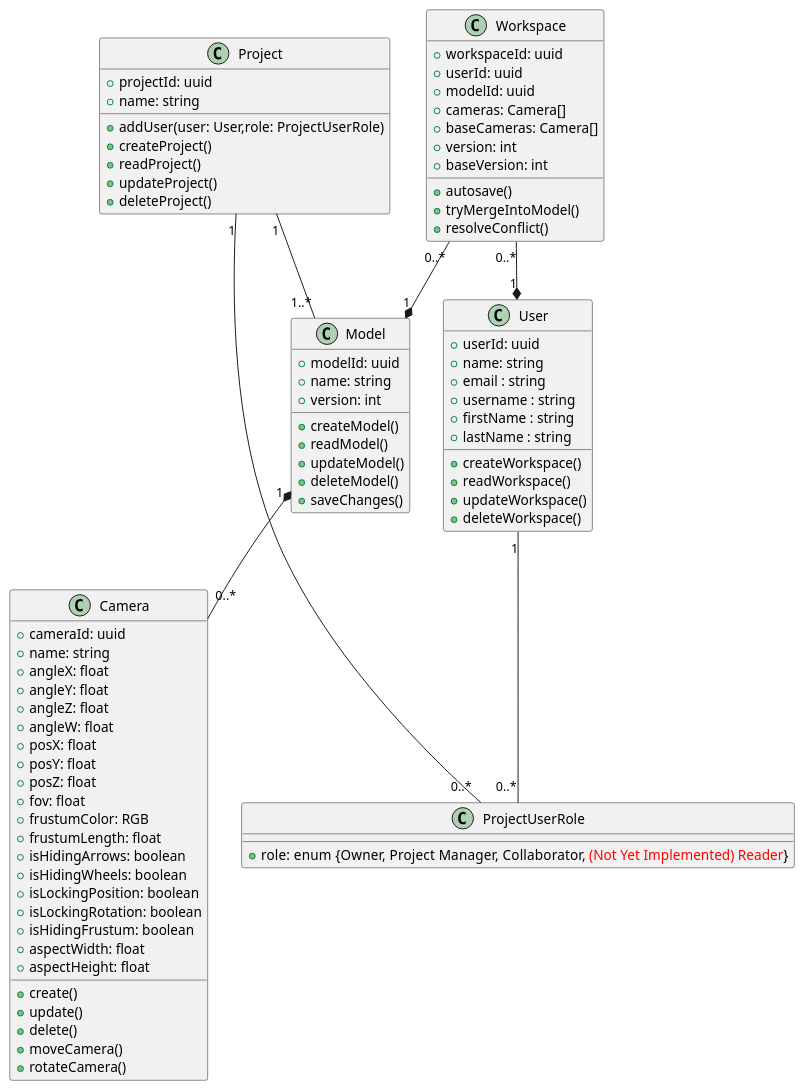
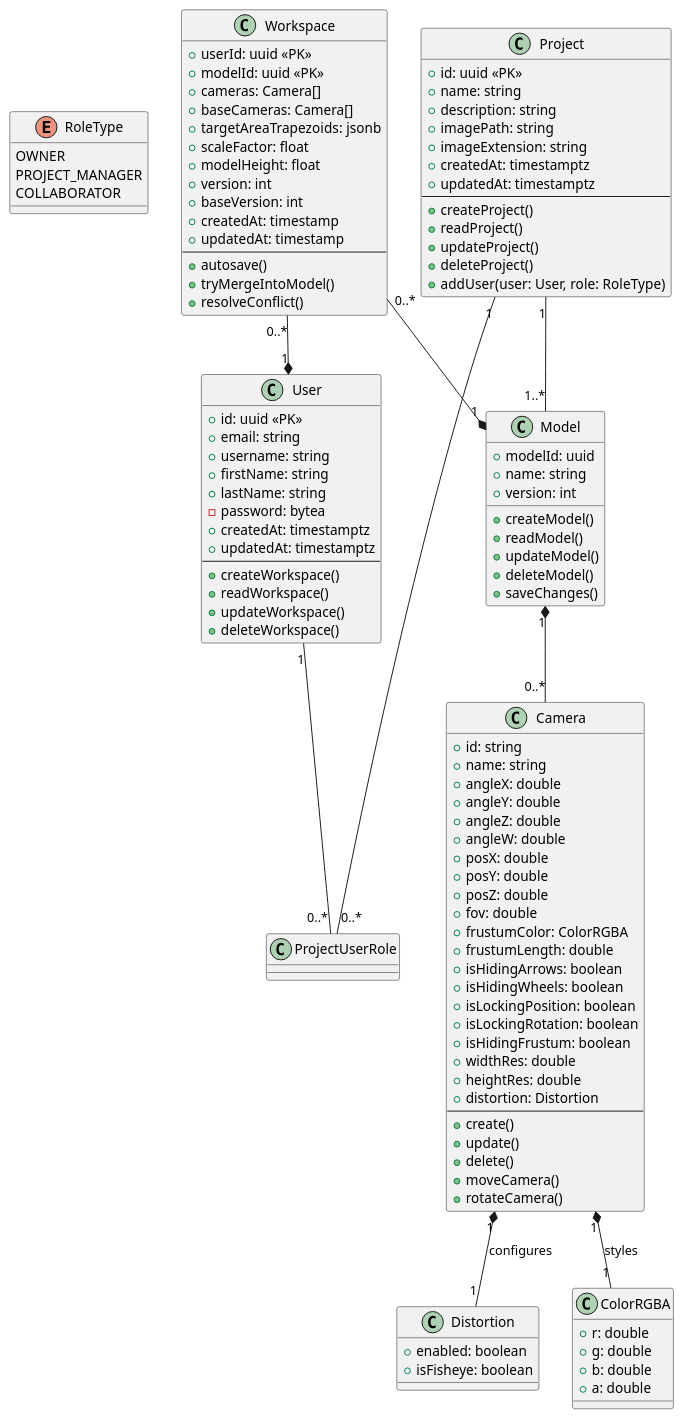
One commit to Ministry-of-Learning-of-Jura-Kites/OmniCam changed the diagram in docs/diagrams/class.puml. Above: the diagram before and after it, drawn with PlantUML. The commit also changed 6 other files, not shown here.

Commit message:
Update diagrams

```diff
--- a/docs/diagrams/class.puml
+++ b/docs/diagrams/class.puml
@@ -1,88 +1,122 @@
 @startuml Omnicam Class Diagram
+skinparam defaultFontName "Arial"
+
+enum RoleType {
+    OWNER
+    PROJECT_MANAGER
+    COLLABORATOR
+}
+
 class User {
-    +userId: uuid
-    +name: string
-    +email : string
-    +username : string
-    +firstName : string
-    +lastName : string
+    +id: uuid <<PK>>
+    +email: string
+    +username: string
+    +firstName: string
+    +lastName: string
+    -password: bytea
+    +createdAt: timestamptz
+    +updatedAt: timestamptz
+    --
     +createWorkspace()
     +readWorkspace()
     +updateWorkspace()
     +deleteWorkspace()
 }
 
-class ProjectUserRole {
-    +role: enum {Owner, Project Manager, Collaborator, <color:red>(Not Yet Implemented) Reader</color>}
-}
-
 class Project {
-    +projectId: uuid
+    +id: uuid <<PK>>
     +name: string
-    +addUser(user: User,role: ProjectUserRole)
+    +description: string
+    +imagePath: string
+    +imageExtension: string
+    +createdAt: timestamptz
+    +updatedAt: timestamptz
+    --
     +createProject()
     +readProject()
     +updateProject()
     +deleteProject()
+    +addUser(user: User, role: RoleType)
 }
 
 class Model {
     +modelId: uuid
     +name: string
     +version: int
     +createModel()
     +readModel()
     +updateModel()
     +deleteModel()
     +saveChanges()
 }
+class Distortion {
+    +enabled: boolean
+    +isFisheye: boolean
+}
 
 class Camera {
-    +cameraId: uuid
+    +id: string
     +name: string
-    +angleX: float
-    +angleY: float
-    +angleZ: float
-    +angleW: float
-    +posX: float
-    +posY: float
-    +posZ: float
-    +fov: float
-    +frustumColor: RGB
-    +frustumLength: float
+    +angleX: double
+    +angleY: double
+    +angleZ: double
+    +angleW: double
+    +posX: double
+    +posY: double
+    +posZ: double
+    +fov: double
+    +frustumColor: ColorRGBA
+    +frustumLength: double
     +isHidingArrows: boolean
     +isHidingWheels: boolean
     +isLockingPosition: boolean
     +isLockingRotation: boolean
     +isHidingFrustum: boolean
-    +aspectWidth: float
-    +aspectHeight: float
+    +widthRes: double
+    +heightRes: double
+    +distortion: Distortion
+    --
     +create()
     +update()
     +delete()
     +moveCamera()
     +rotateCamera()
 }
 
 class Workspace {
-    +workspaceId: uuid
-    +userId: uuid
-    +modelId: uuid
+    +userId: uuid <<PK>>
+    +modelId: uuid <<PK>>
     +cameras: Camera[]
     +baseCameras: Camera[]
+    +targetAreaTrapezoids: jsonb
+    +scaleFactor: float
+    +modelHeight: float
     +version: int
     +baseVersion: int
+    +createdAt: timestamp
+    +updatedAt: timestamp
+    --
     +autosave()
     +tryMergeIntoModel()
     +resolveConflict()
 }
+
+class ColorRGBA {
+    +r: double
+    +g: double
+    +b: double
+    +a: double
+}
+
+Camera "1" *-- "1" Distortion : configures
+Camera "1" *-- "1" ColorRGBA : styles
 
 ' Relationships
 Project "1" -- "1..*" Model
 Model "1" *-- "0..*" Camera
 Workspace "0..*" --* "1" User
 Workspace "0..*" --* "1" Model
 User "1" -- "0..*" ProjectUserRole
 Project "1" -- "0..*" ProjectUserRole
 
 @enduml
```
